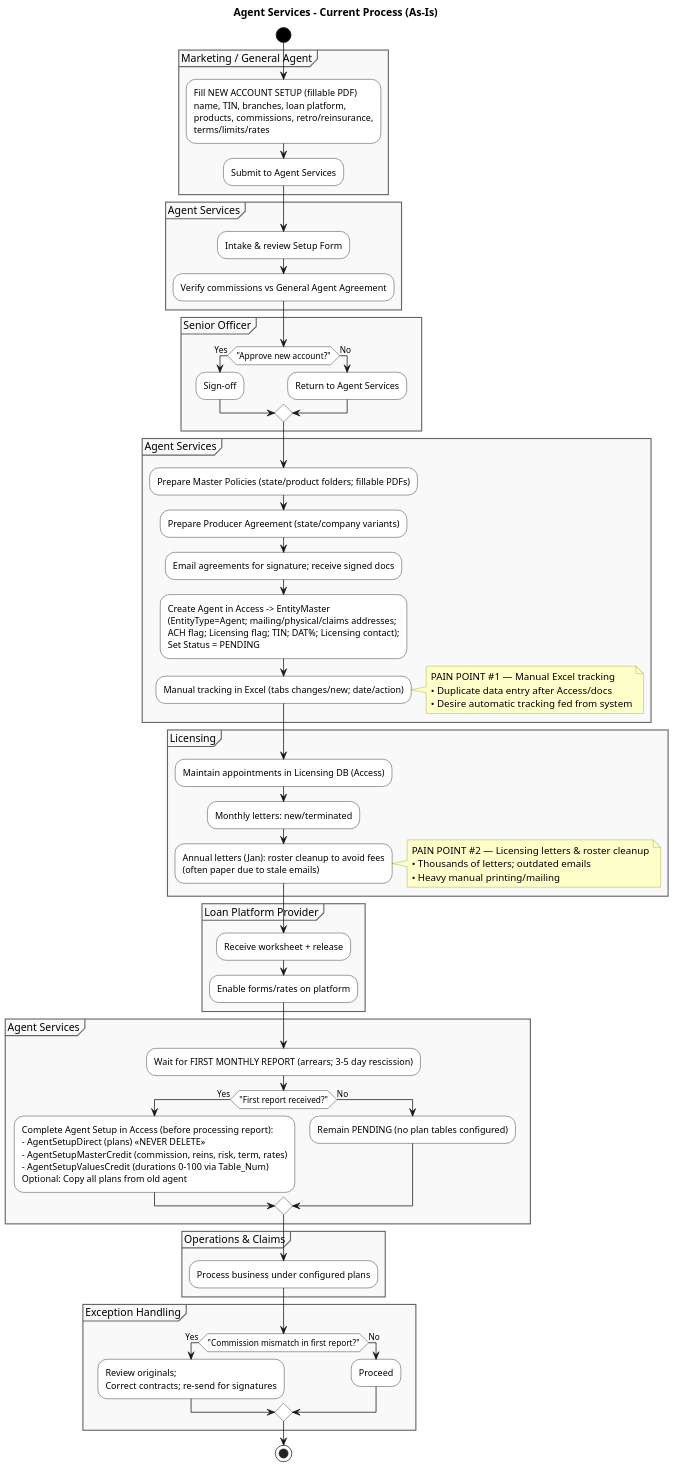
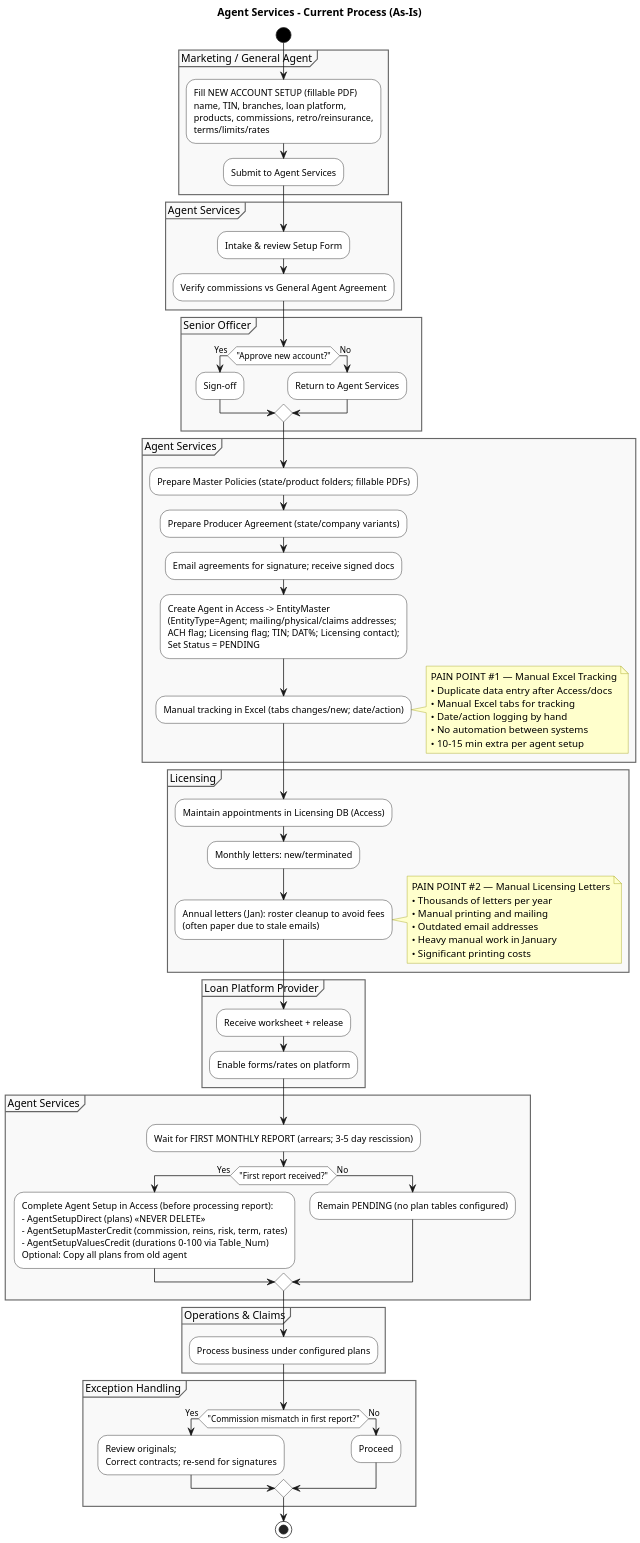
The diagram in Process Diagrams/as-is/current_process_as_is_v1.puml (VardanianJacob/Agent-Services---Documentation), drawn with PlantUML before and after one commit. The commit also changed 10 other files, not shown here.

```diff
--- a/Process Diagrams/as-is/current_process_as_is_v1.puml
+++ b/Process Diagrams/as-is/current_process_as_is_v1.puml
@@ -1,94 +1,100 @@
 @startuml
 title Agent Services - Current Process (As-Is)
 
 skinparam dpi 150
 skinparam activity {
   BackgroundColor White
   BorderColor Black
   StartColor Black
   EndColor Black
   DiamondBackgroundColor White
   DiamondBorderColor Black
   RoundCorner 20
 }
 skinparam note {
   BackgroundColor #FFFFCC
   BorderColor #999900
 }
 skinparam partitionBorderColor #666666
 skinparam partitionBackgroundColor #F9F9F9
 skinparam shadowing false
 
 start
 
 partition "Marketing / General Agent" {
   :Fill NEW ACCOUNT SETUP (fillable PDF)\nname, TIN, branches, loan platform,\nproducts, commissions, retro/reinsurance,\nterms/limits/rates;
   :Submit to Agent Services;
 }
 
 partition "Agent Services" {
   :Intake & review Setup Form;
   :Verify commissions vs General Agent Agreement;
 }
 
 partition "Senior Officer" {
   if ("Approve new account?") then (Yes)
     :Sign-off;
   else (No)
     :Return to Agent Services;
   endif
 }
 
 partition "Agent Services" {
   :Prepare Master Policies (state/product folders; fillable PDFs);
   :Prepare Producer Agreement (state/company variants);
   :Email agreements for signature; receive signed docs;
   :Create Agent in Access -> EntityMaster\n(EntityType=Agent; mailing/physical/claims addresses;\nACH flag; Licensing flag; TIN; DAT%; Licensing contact);\nSet Status = PENDING;
   :Manual tracking in Excel (tabs changes/new; date/action);
   note right
-  PAIN POINT #1 — Manual Excel tracking
+  PAIN POINT #1 — Manual Excel Tracking
   • Duplicate data entry after Access/docs
-  • Desire automatic tracking fed from system
+  • Manual Excel tabs for tracking
+  • Date/action logging by hand
+  • No automation between systems
+  • 10-15 min extra per agent setup
   end note
 }
 
 partition "Licensing" {
   :Maintain appointments in Licensing DB (Access);
   :Monthly letters: new/terminated;
   :Annual letters (Jan): roster cleanup to avoid fees\n(often paper due to stale emails);
   note right
-  PAIN POINT #2 — Licensing letters & roster cleanup
-  • Thousands of letters; outdated emails
-  • Heavy manual printing/mailing
+  PAIN POINT #2 — Manual Licensing Letters
+  • Thousands of letters per year
+  • Manual printing and mailing
+  • Outdated email addresses
+  • Heavy manual work in January
+  • Significant printing costs
   end note
 }
 
 partition "Loan Platform Provider" {
   :Receive worksheet + release;
   :Enable forms/rates on platform;
 }
 
 partition "Agent Services" {
   :Wait for FIRST MONTHLY REPORT (arrears; 3-5 day rescission);
   if ("First report received?") then (Yes)
     :Complete Agent Setup in Access (before processing report):\n- AgentSetupDirect (plans) «NEVER DELETE»\n- AgentSetupMasterCredit (commission, reins, risk, term, rates)\n- AgentSetupValuesCredit (durations 0-100 via Table_Num)\nOptional: Copy all plans from old agent;
   else (No)
     :Remain PENDING (no plan tables configured);
   endif
 }
 
 partition "Operations & Claims" {
   :Process business under configured plans;
 }
 
 partition "Exception Handling" {
   if ("Commission mismatch in first report?") then (Yes)
     :Review originals;\nCorrect contracts; re-send for signatures;
   else (No)
     :Proceed;
   endif
 }
 
 stop
 
 @enduml
```
